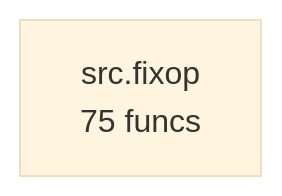
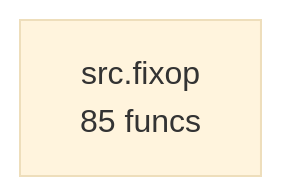
The diagram in project/compact_flow.mmd (semcod/fixop), drawn with Mermaid (base theme) before and after one commit. The commit also changed 21 other files, not shown here.

```diff
--- a/project/compact_flow.mmd
+++ b/project/compact_flow.mmd
@@ -1,2 +1,2 @@
 flowchart TD
-    src_fixop["src.fixop<br/>75 funcs"]
+    src_fixop["src.fixop<br/>85 funcs"]
```
